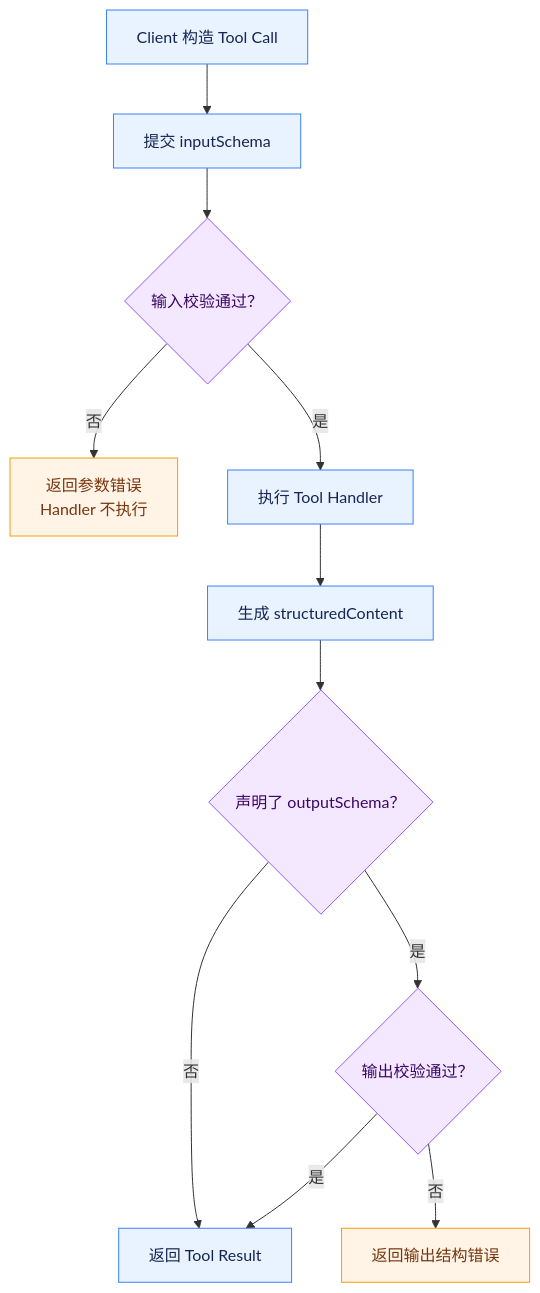
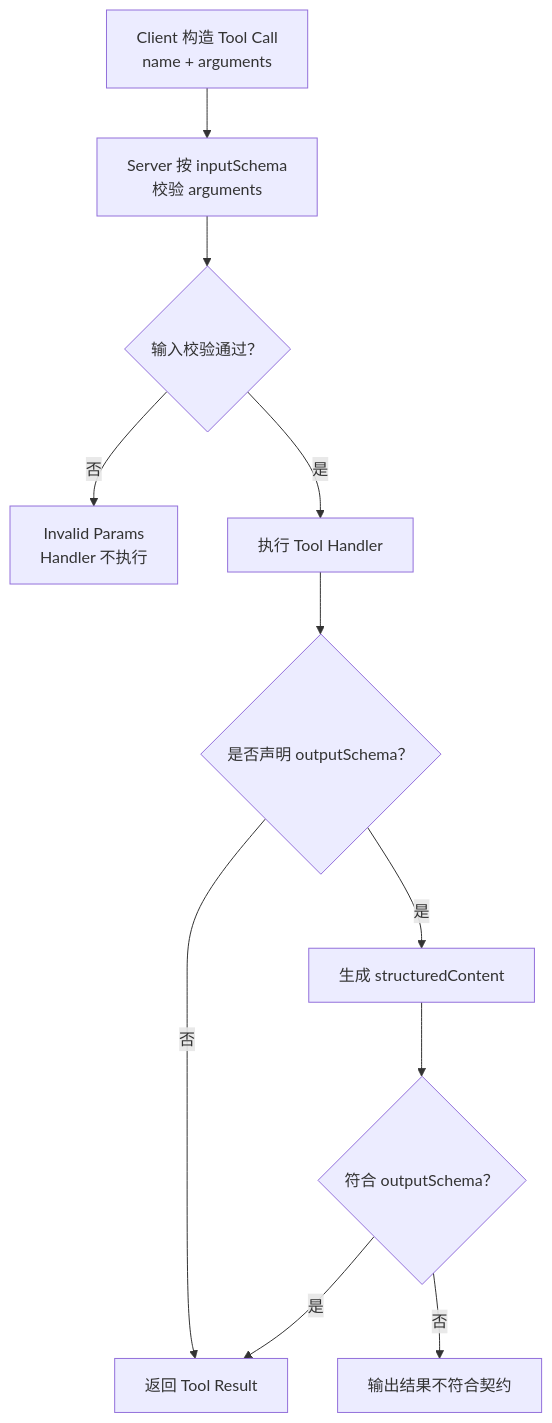
The second of 4 diagrams in docs/principles/deep-mcp-capabilities.md (itkdm/aiagentguide), drawn with Mermaid before and after one commit. The commit also changed other lines of this file, not shown here.

````diff
--- a/docs/principles/deep-mcp-capabilities.md
+++ b/docs/principles/deep-mcp-capabilities.md
@@ -584,21 +584,13 @@
 ```mermaid
 flowchart TD
-    A[Client 构造 Tool Call] --> B[提交 inputSchema]
+    A[Client 构造 Tool Call<br/>name + arguments] --> B[Server 按 inputSchema<br/>校验 arguments]
     B --> C{输入校验通过？}
-    C -->|否| D[返回参数错误<br/>Handler 不执行]
+    C -->|否| D[Invalid Params<br/>Handler 不执行]
     C -->|是| E[执行 Tool Handler]
-    E --> F[生成 structuredContent]
-    F --> G{声明了 outputSchema？}
-    G -->|否| H[返回 Tool Result]
-    G -->|是| I{输出校验通过？}
-    I -->|否| J[返回输出结构错误]
-    I -->|是| H
-
-    classDef request fill:#e8f3ff,stroke:#3b82f6,color:#172554
-    classDef decision fill:#f3e8ff,stroke:#8b5cf6,color:#3b0764
-    classDef success fill:#ecfdf5,stroke:#10b981,color:#064e3b
-    classDef error fill:#fff4e5,stroke:#f59e0b,color:#78350f
-    class A,B,E,F,H request
-    class C,G,I decision
-    class D,J error
+    E --> F{是否声明 outputSchema？}
+    F -->|否| G[返回 Tool Result]
+    F -->|是| H[生成 structuredContent]
+    H --> I{符合 outputSchema？}
+    I -->|否| J[输出结果不符合契约]
+    I -->|是| G
 ```
````
